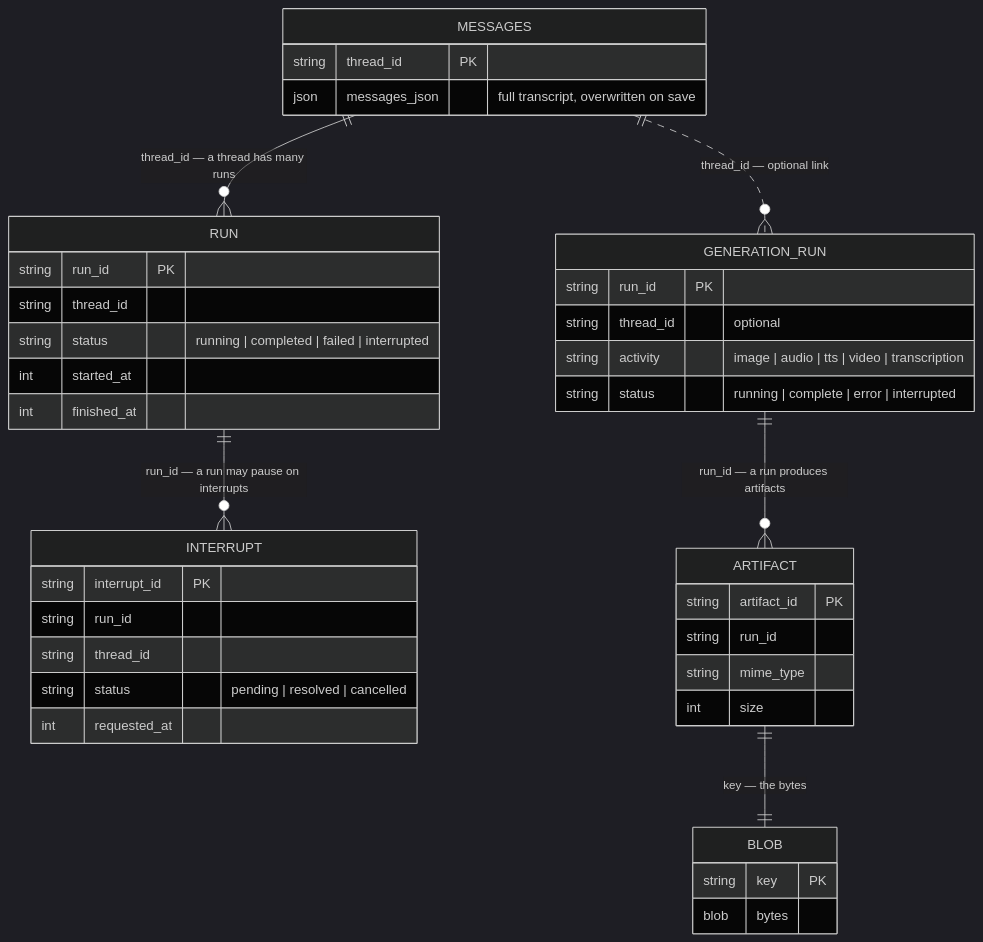
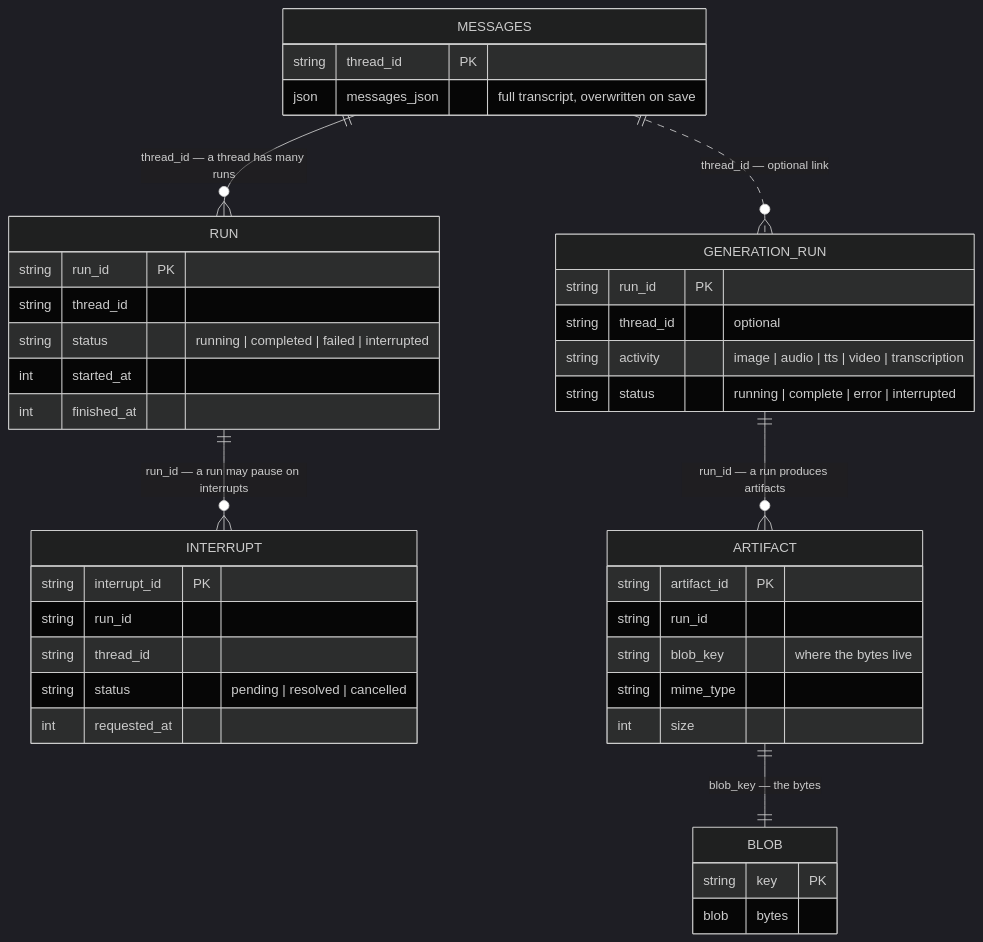
The diagram in docs/persistence/build-your-own-adapter.md (TanStack/ai), drawn with Mermaid (dark theme) before and after one commit. The commit also changed other lines of this file and 10 other files, not shown here.

````diff
--- a/docs/persistence/build-your-own-adapter.md
+++ b/docs/persistence/build-your-own-adapter.md
@@ -80,43 +80,44 @@
 ```mermaid
 erDiagram
     MESSAGES ||--o{ RUN : "thread_id — a thread has many runs"
     RUN ||--o{ INTERRUPT : "run_id — a run may pause on interrupts"
     MESSAGES ||..o{ GENERATION_RUN : "thread_id — optional link"
     GENERATION_RUN ||--o{ ARTIFACT : "run_id — a run produces artifacts"
-    ARTIFACT ||--|| BLOB : "key — the bytes"
+    ARTIFACT ||--|| BLOB : "blob_key — the bytes"
 
     MESSAGES {
         string thread_id PK
         json messages_json "full transcript, overwritten on save"
     }
     RUN {
         string run_id PK
         string thread_id
         string status "running | completed | failed | interrupted"
         int started_at
         int finished_at
     }
     INTERRUPT {
         string interrupt_id PK
         string run_id
         string thread_id
         string status "pending | resolved | cancelled"
         int requested_at
     }
     GENERATION_RUN {
         string run_id PK
         string thread_id "optional"
         string activity "image | audio | tts | video | transcription"
         string status "running | complete | error | interrupted"
     }
     ARTIFACT {
         string artifact_id PK
         string run_id
+        string blob_key "where the bytes live"
         string mime_type
         int size
     }
     BLOB {
         string key PK
         blob bytes
     }
 ```
````
